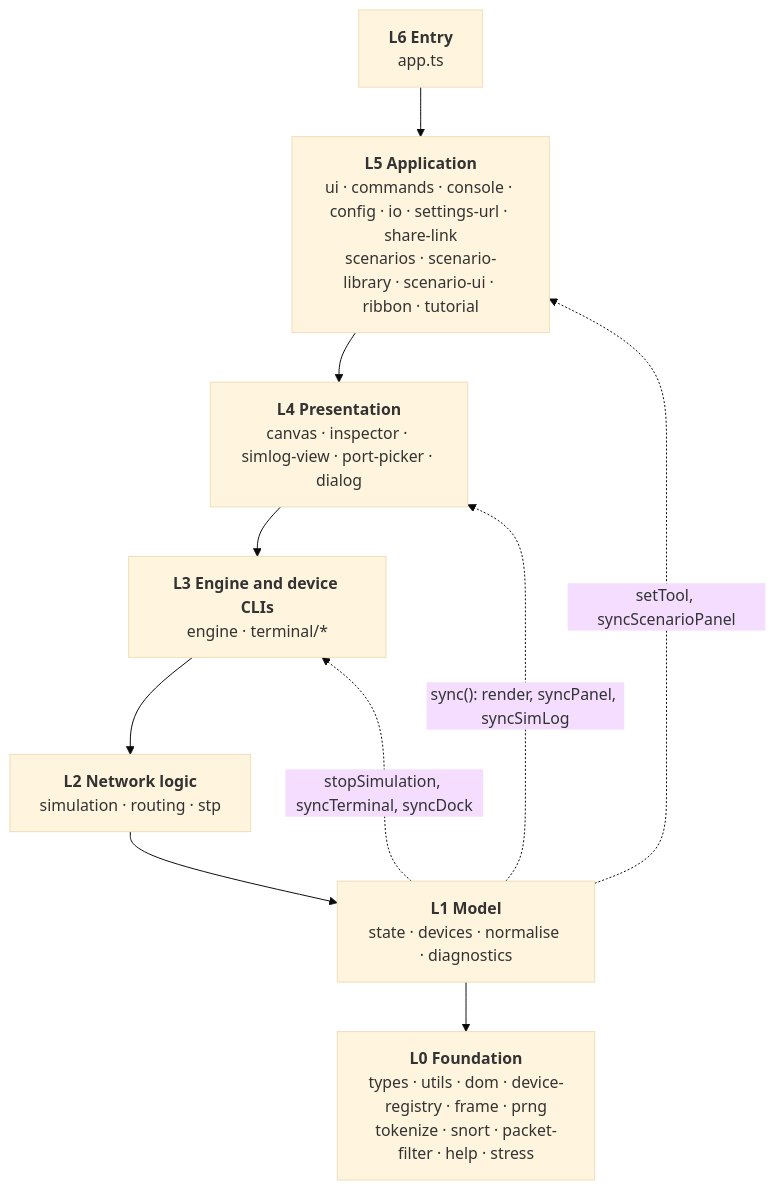
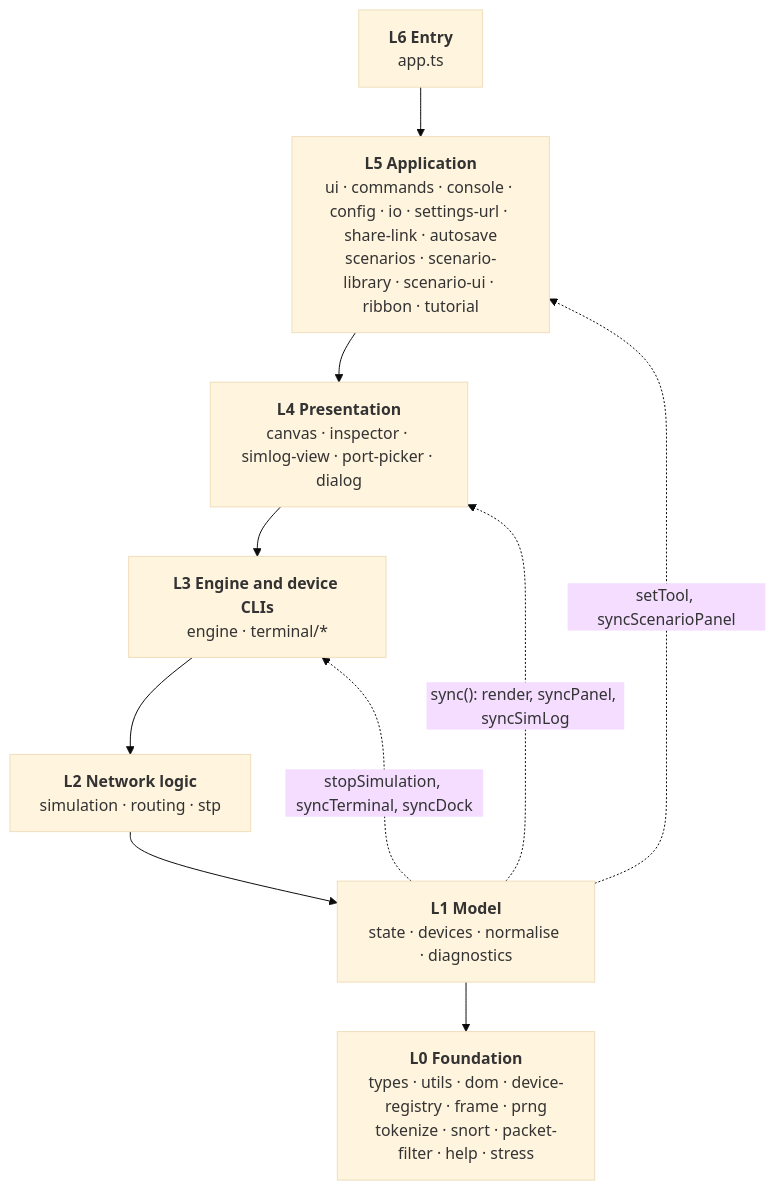
The first of 3 diagrams in docs/architecture.md (trevorandersen/routesim), drawn with Mermaid (base theme) before and after one commit. The commit also changed other lines of this file and 23 other files, not shown here.

````diff
--- a/docs/architecture.md
+++ b/docs/architecture.md
@@ -60,14 +60,14 @@
 ```mermaid
 flowchart TB
   L6["<b>L6 Entry</b><br/>app.ts"]
-  L5["<b>L5 Application</b><br/>ui · commands · console · config · io · settings-url · share-link<br/>scenarios · scenario-library · scenario-ui · ribbon · tutorial"]
+  L5["<b>L5 Application</b><br/>ui · commands · console · config · io · settings-url · share-link · autosave<br/>scenarios · scenario-library · scenario-ui · ribbon · tutorial"]
   L4["<b>L4 Presentation</b><br/>canvas · inspector · simlog-view · port-picker · dialog"]
   L3["<b>L3 Engine and device CLIs</b><br/>engine · terminal/*"]
   L2["<b>L2 Network logic</b><br/>simulation · routing · stp"]
   L1["<b>L1 Model</b><br/>state · devices · normalise · diagnostics"]
   L0["<b>L0 Foundation</b><br/>types · utils · dom · device-registry · frame · prng<br/>tokenize · snort · packet-filter · help · stress"]
   L6 --> L5 --> L4 --> L3 --> L2 --> L1 --> L0
   L1 -.->|"sync(): render, syncPanel, syncSimLog"| L4
   L1 -.->|"stopSimulation, syncTerminal, syncDock"| L3
   L1 -.->|"setTool, syncScenarioPanel"| L5
 ```
````
